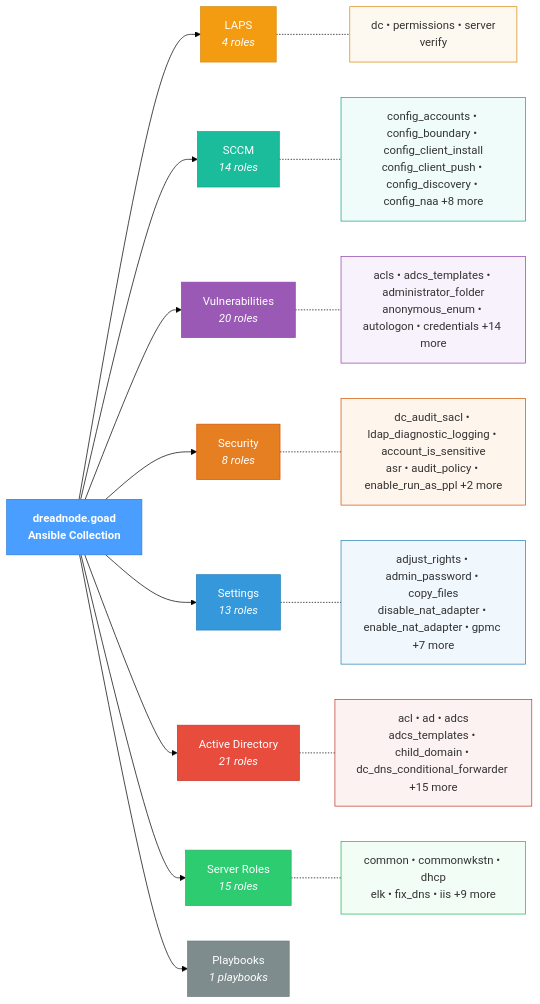
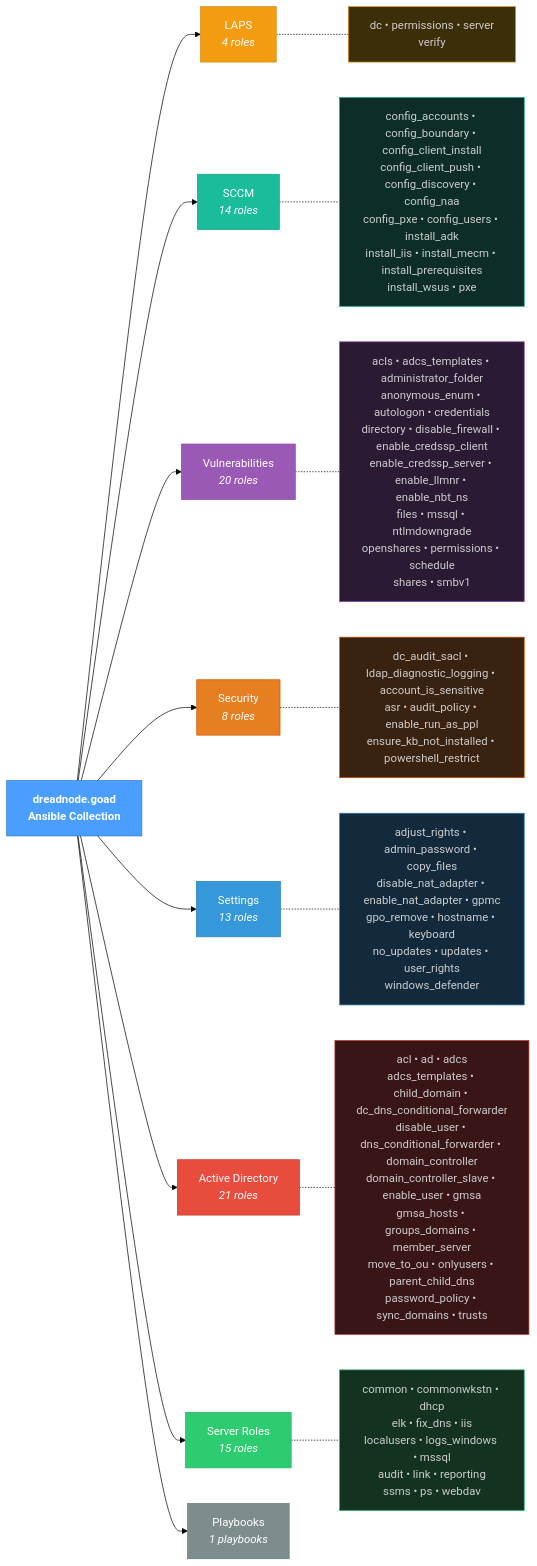
The diagram in docs/architecture.mmd (dreadnode/DreadGOAD), drawn with Mermaid (forest theme) before and after one commit. The commit also changed 3 other files, not shown here.

First line of the commit message:
refactor: switch architecture diagram to dark theme and show all roles

```diff
--- a/docs/architecture.mmd
+++ b/docs/architecture.mmd
@@ -1,37 +1,37 @@
 graph LR
     Collection["dreadnode.goad<br/>Ansible Collection"]
 
     Collection --> LAPS["LAPS<br/><i>4 roles</i>"]
     Collection --> SCCM["SCCM<br/><i>14 roles</i>"]
     Collection --> Vulnerabilities["Vulnerabilities<br/><i>20 roles</i>"]
     Collection --> Security["Security<br/><i>8 roles</i>"]
     Collection --> Settings["Settings<br/><i>13 roles</i>"]
     Collection --> ActiveDirectory["Active Directory<br/><i>21 roles</i>"]
     Collection --> ServerRoles["Server Roles<br/><i>15 roles</i>"]
 
     LAPS -.- LAPS_detail["dc &bull; permissions &bull; server<br/>verify"]
-    SCCM -.- SCCM_detail["config_accounts &bull; config_boundary &bull; config_client_install<br/>config_client_push &bull; config_discovery &bull; config_naa +8 more"]
-    Vulnerabilities -.- Vulnerabilities_detail["acls &bull; adcs_templates &bull; administrator_folder<br/>anonymous_enum &bull; autologon &bull; credentials +14 more"]
-    Security -.- Security_detail["dc_audit_sacl &bull; ldap_diagnostic_logging &bull; account_is_sensitive<br/>asr &bull; audit_policy &bull; enable_run_as_ppl +2 more"]
-    Settings -.- Settings_detail["adjust_rights &bull; admin_password &bull; copy_files<br/>disable_nat_adapter &bull; enable_nat_adapter &bull; gpmc +7 more"]
-    ActiveDirectory -.- ActiveDirectory_detail["acl &bull; ad &bull; adcs<br/>adcs_templates &bull; child_domain &bull; dc_dns_conditional_forwarder +15 more"]
-    ServerRoles -.- ServerRoles_detail["common &bull; commonwkstn &bull; dhcp<br/>elk &bull; fix_dns &bull; iis +9 more"]
+    SCCM -.- SCCM_detail["config_accounts &bull; config_boundary &bull; config_client_install<br/>config_client_push &bull; config_discovery &bull; config_naa<br/>config_pxe &bull; config_users &bull; install_adk<br/>install_iis &bull; install_mecm &bull; install_prerequisites<br/>install_wsus &bull; pxe"]
+    Vulnerabilities -.- Vulnerabilities_detail["acls &bull; adcs_templates &bull; administrator_folder<br/>anonymous_enum &bull; autologon &bull; credentials<br/>directory &bull; disable_firewall &bull; enable_credssp_client<br/>enable_credssp_server &bull; enable_llmnr &bull; enable_nbt_ns<br/>files &bull; mssql &bull; ntlmdowngrade<br/>openshares &bull; permissions &bull; schedule<br/>shares &bull; smbv1"]
+    Security -.- Security_detail["dc_audit_sacl &bull; ldap_diagnostic_logging &bull; account_is_sensitive<br/>asr &bull; audit_policy &bull; enable_run_as_ppl<br/>ensure_kb_not_installed &bull; powershell_restrict"]
+    Settings -.- Settings_detail["adjust_rights &bull; admin_password &bull; copy_files<br/>disable_nat_adapter &bull; enable_nat_adapter &bull; gpmc<br/>gpo_remove &bull; hostname &bull; keyboard<br/>no_updates &bull; updates &bull; user_rights<br/>windows_defender"]
+    ActiveDirectory -.- ActiveDirectory_detail["acl &bull; ad &bull; adcs<br/>adcs_templates &bull; child_domain &bull; dc_dns_conditional_forwarder<br/>disable_user &bull; dns_conditional_forwarder &bull; domain_controller<br/>domain_controller_slave &bull; enable_user &bull; gmsa<br/>gmsa_hosts &bull; groups_domains &bull; member_server<br/>move_to_ou &bull; onlyusers &bull; parent_child_dns<br/>password_policy &bull; sync_domains &bull; trusts"]
+    ServerRoles -.- ServerRoles_detail["common &bull; commonwkstn &bull; dhcp<br/>elk &bull; fix_dns &bull; iis<br/>localusers &bull; logs_windows &bull; mssql<br/>audit &bull; link &bull; reporting<br/>ssms &bull; ps &bull; webdav"]
 
     Collection --> Playbooks["Playbooks<br/><i>1 playbooks</i>"]
 
     style Collection fill:#4a9eff,stroke:#2d7cd4,color:#fff,font-weight:bold
     style Playbooks fill:#7f8c8d,stroke:#6c7a7d,color:#fff
     style LAPS fill:#f39c12,stroke:#d68910,color:#fff
-    style LAPS_detail fill:#fef9f0,stroke:#d68910,color:#333
+    style LAPS_detail fill:#3d2e0a,stroke:#d68910,color:#ccc
     style SCCM fill:#1abc9c,stroke:#16a085,color:#fff
-    style SCCM_detail fill:#f0fcfa,stroke:#16a085,color:#333
+    style SCCM_detail fill:#0d2e28,stroke:#16a085,color:#ccc
     style Vulnerabilities fill:#9b59b6,stroke:#8e44ad,color:#fff
-    style Vulnerabilities_detail fill:#f8f2fc,stroke:#8e44ad,color:#333
+    style Vulnerabilities_detail fill:#2a1a33,stroke:#8e44ad,color:#ccc
     style Security fill:#e67e22,stroke:#d35400,color:#fff
-    style Security_detail fill:#fef5ed,stroke:#d35400,color:#333
+    style Security_detail fill:#3a2210,stroke:#d35400,color:#ccc
     style Settings fill:#3498db,stroke:#2980b9,color:#fff
-    style Settings_detail fill:#f0f7fd,stroke:#2980b9,color:#333
+    style Settings_detail fill:#132a3d,stroke:#2980b9,color:#ccc
     style ActiveDirectory fill:#e74c3c,stroke:#c0392b,color:#fff
-    style ActiveDirectory_detail fill:#fdf2f2,stroke:#c0392b,color:#333
+    style ActiveDirectory_detail fill:#3a1515,stroke:#c0392b,color:#ccc
     style ServerRoles fill:#2ecc71,stroke:#27ae60,color:#fff
-    style ServerRoles_detail fill:#f2fdf5,stroke:#27ae60,color:#333
+    style ServerRoles_detail fill:#133320,stroke:#27ae60,color:#ccc
```
